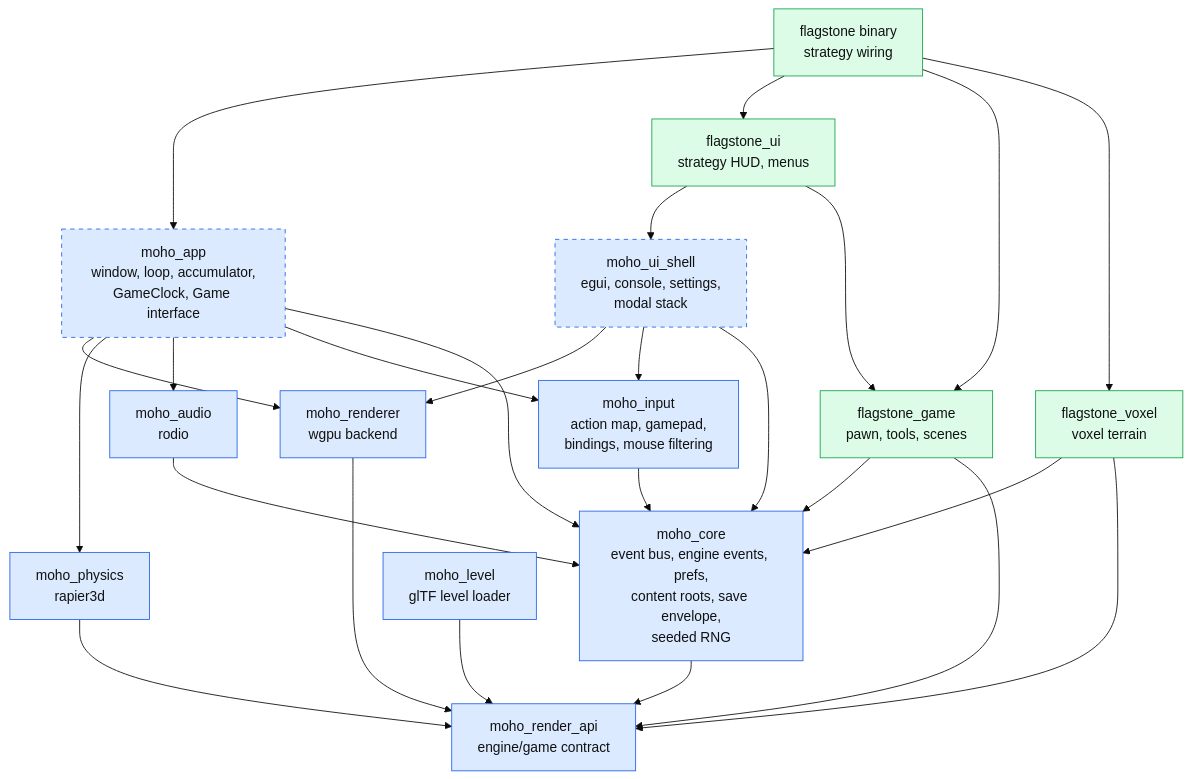
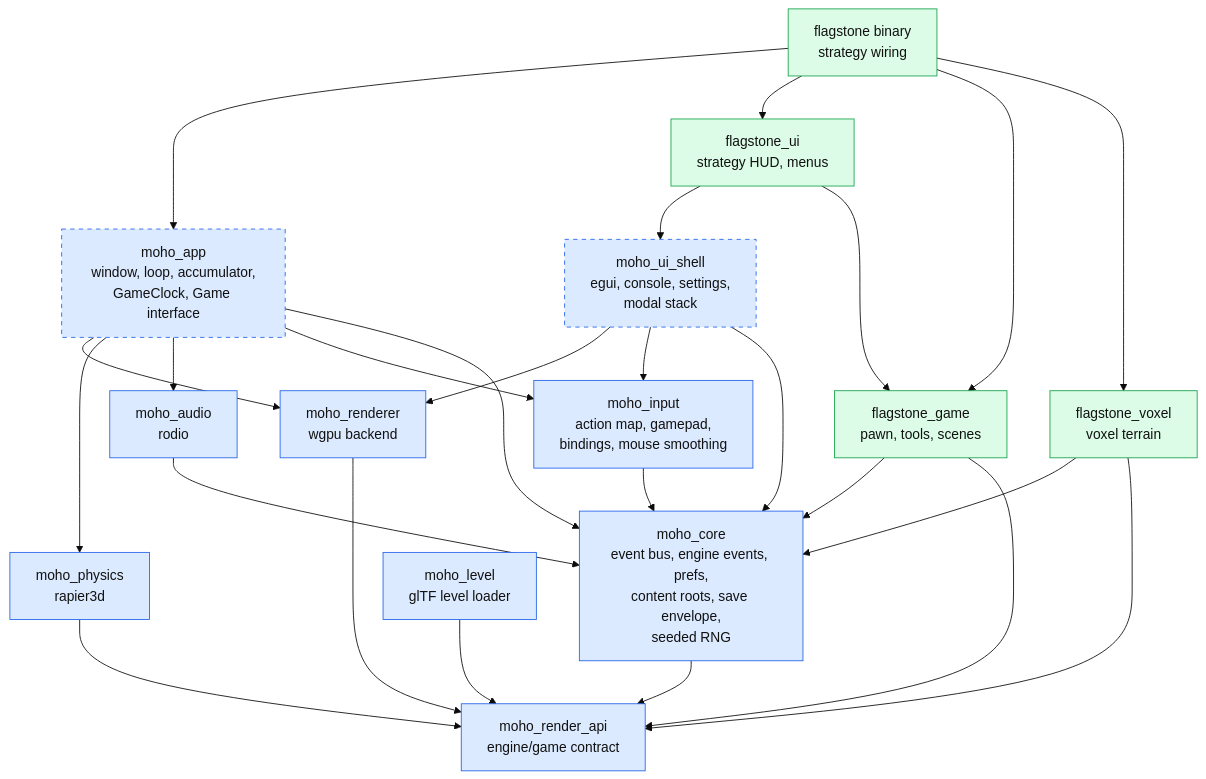
One commit to WrackedFella/moho changed the second of 3 diagrams in wiki/architecture/overview.md. Above: the diagram before and after it, drawn with Mermaid (base theme). The commit also changed other lines of this file and 3 other files, not shown here.

First line of the commit message:
docs(input): describe mouse smoothing and the mouse_smoothing pref

````diff
--- a/wiki/architecture/overview.md
+++ b/wiki/architecture/overview.md
@@ -85,35 +85,35 @@
 ```mermaid
 flowchart TD
     sbin["flagstone binary<br/>strategy wiring"]:::strategy
     ui["flagstone_ui<br/>strategy HUD, menus"]:::strategy
     game["flagstone_game<br/>pawn, tools, scenes"]:::strategy
     voxel["flagstone_voxel<br/>voxel terrain"]:::strategy
 
     app["moho_app<br/>window, loop, accumulator,<br/>GameClock, Game interface"]:::engineNew
     shell["moho_ui_shell<br/>egui, console, settings,<br/>modal stack"]:::engineNew
-    input["moho_input<br/>action map, gamepad,<br/>bindings, mouse filtering"]:::engine
+    input["moho_input<br/>action map, gamepad,<br/>bindings, mouse smoothing"]:::engine
     renderer["moho_renderer<br/>wgpu backend"]:::engine
     physics["moho_physics<br/>rapier3d"]:::engine
     audio["moho_audio<br/>rodio"]:::engine
     core["moho_core<br/>event bus, engine events, prefs,<br/>content roots, save envelope,<br/>seeded RNG"]:::engine
     rapi["moho_render_api<br/>engine/game contract"]:::engine
     level["moho_level<br/>glTF level loader"]:::engine
 
     sbin --> app & ui & game & voxel
     ui --> shell & game
     game --> core & rapi
     voxel --> core & rapi
     app --> renderer & physics & audio & input & core
     shell --> renderer & input & core
     input --> core
     renderer --> rapi
     physics --> rapi
     audio --> core
     core --> rapi
     level --> rapi
 
     classDef engine fill:#dbeafe,stroke:#2563eb,color:#111
     classDef engineNew fill:#dbeafe,stroke:#2563eb,stroke-dasharray:5 5,color:#111
     classDef strategy fill:#dcfce7,stroke:#16a34a,color:#111
     classDef strategyNew fill:#dcfce7,stroke:#16a34a,stroke-dasharray:5 5,color:#111
 ```
````
